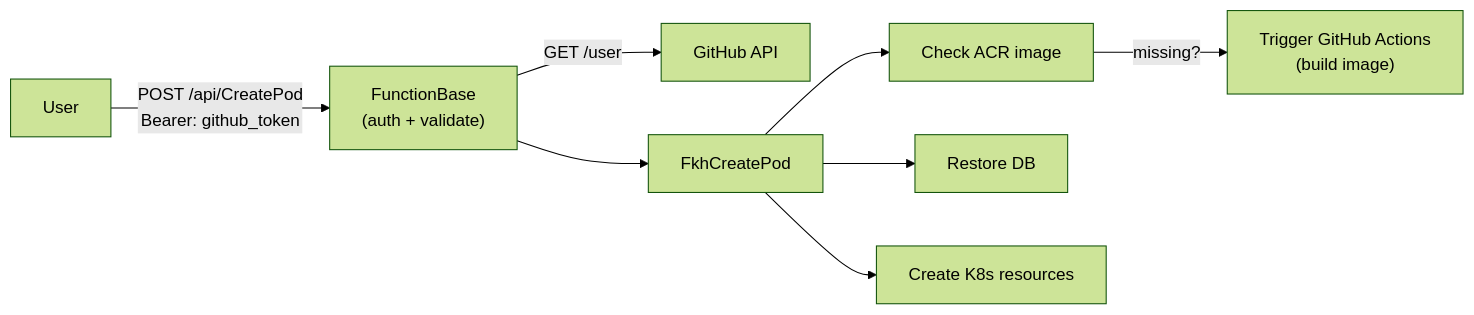
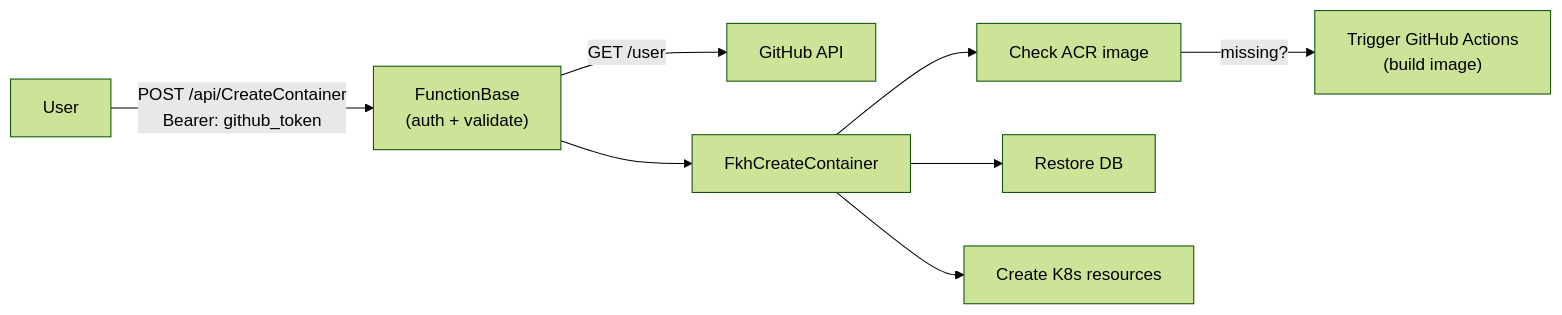
The second of 5 diagrams in Architecture.md (achim-t-org/Fkh), drawn with Mermaid (forest theme) before and after one commit. The commit also changed other lines of this file and 36 other files, not shown here.

````diff
--- a/Architecture.md
+++ b/Architecture.md
@@ -37,10 +37,10 @@
 ```mermaid
 graph LR
-    A["User"] -->|"POST /api/CreatePod<br/>Bearer: github_token"| B["FunctionBase<br/>(auth + validate)"]
+    A["User"] -->|"POST /api/CreateContainer<br/>Bearer: github_token"| B["FunctionBase<br/>(auth + validate)"]
     B -->|"GET /user"| C["GitHub API"]
-    B --> D["FkhCreatePod"]
+    B --> D["FkhCreateContainer"]
     D --> E["Check ACR image"]
     D --> F["Restore DB"]
     D --> G["Create K8s resources"]
     E -->|"missing?"| H["Trigger GitHub Actions<br/>(build image)"]
 ```
````
